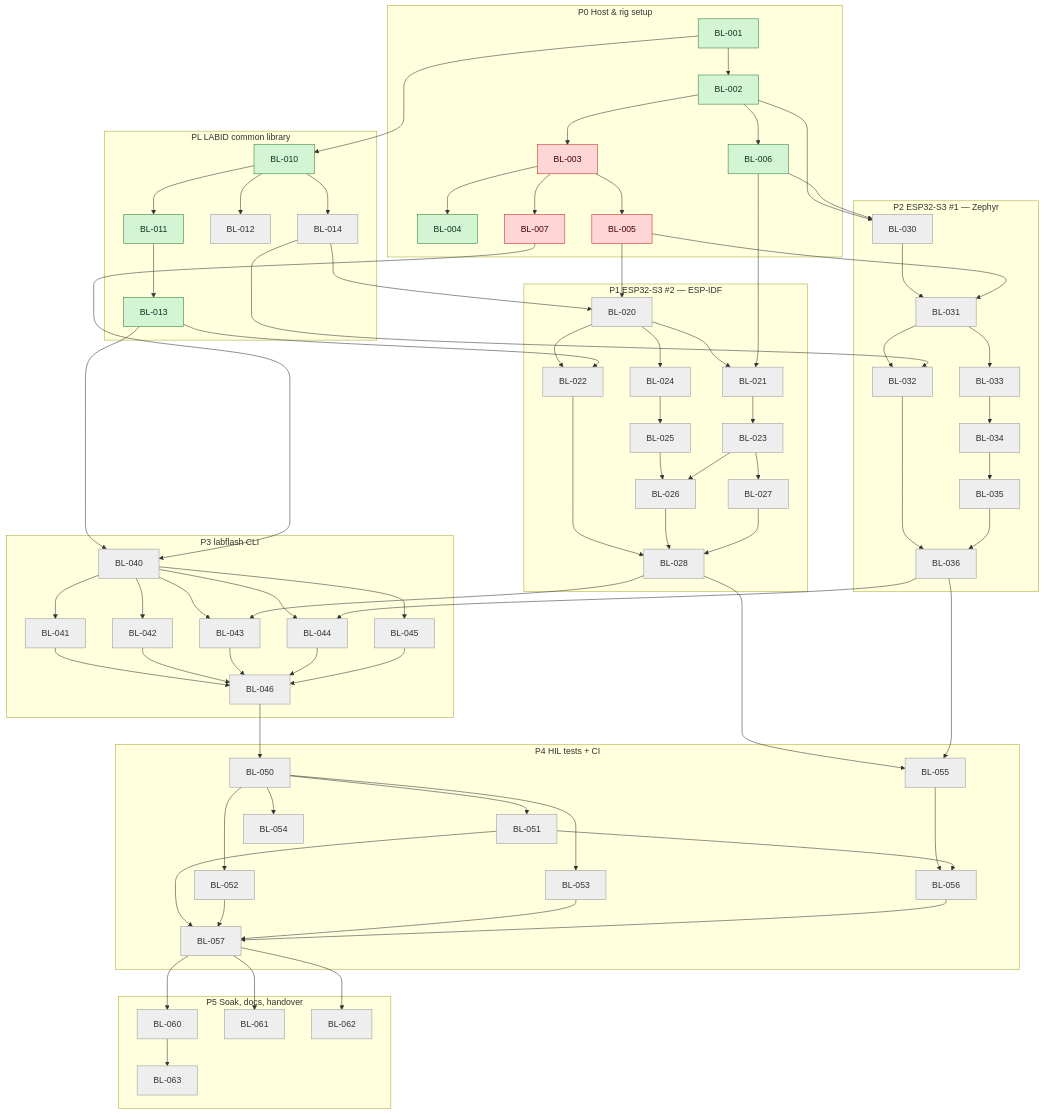
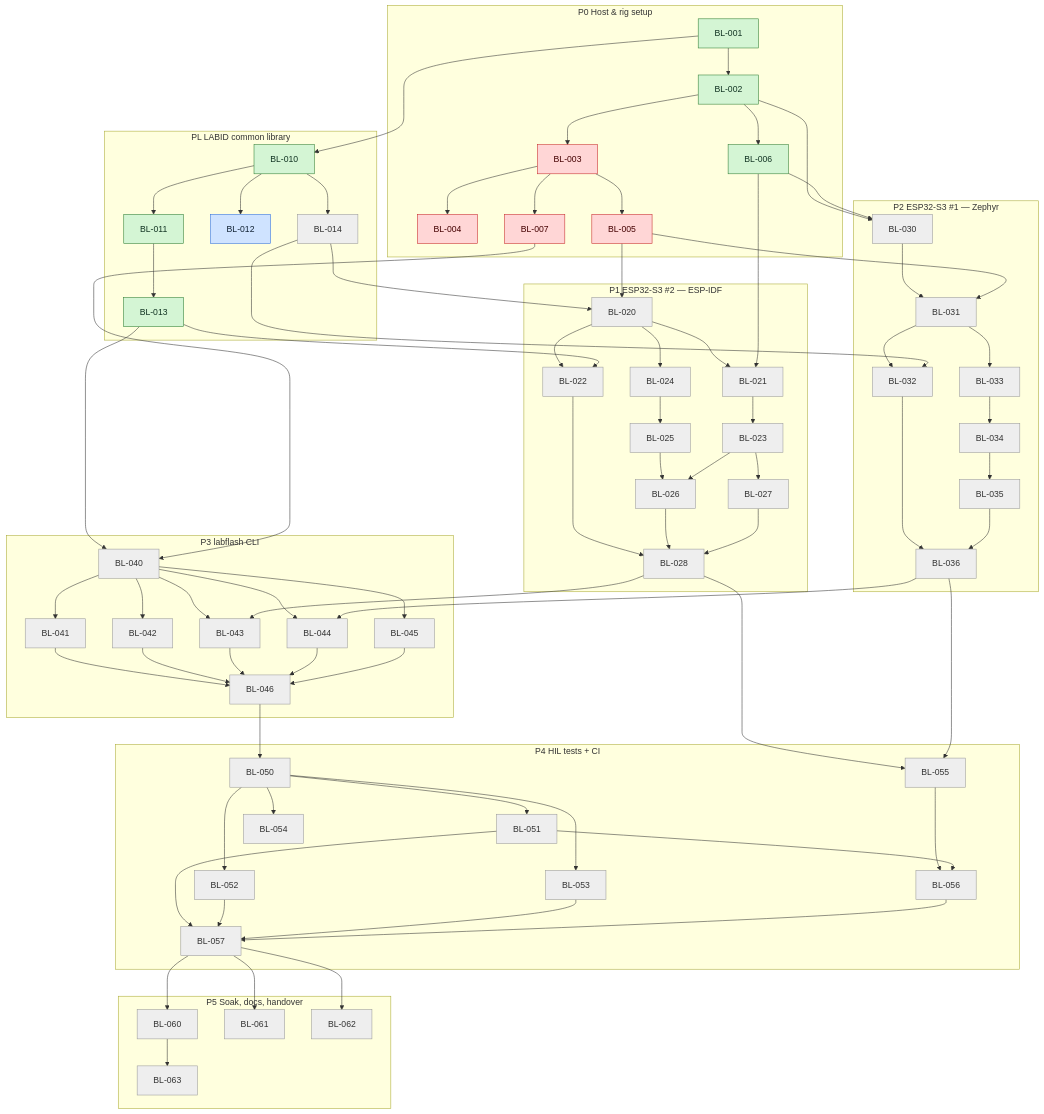
The third of 3 diagrams in tickets/TICKETS.md (mohamed-soubhi/bootlab-esp), drawn with Mermaid before and after one commit. The commit also changed other lines of this file and 1 other file, not shown here.

Commit message:
BL-012 doing: LABID parser fuzz target

```diff
--- a/tickets/TICKETS.md
+++ b/tickets/TICKETS.md
@@ -859,7 +860,7 @@
         BL001["BL-001"]:::done
         BL002["BL-002"]:::done
         BL003["BL-003"]:::blocked
-        BL004["BL-004"]:::done
+        BL004["BL-004"]:::blocked
         BL005["BL-005"]:::blocked
         BL006["BL-006"]:::done
         BL007["BL-007"]:::blocked
@@ -867,7 +868,7 @@
     subgraph EL_g["PL LABID common library"]
         BL010["BL-010"]:::done
         BL011["BL-011"]:::done
-        BL012["BL-012"]:::todo
+        BL012["BL-012"]:::doing
         BL013["BL-013"]:::done
         BL014["BL-014"]:::todo
     end
```
